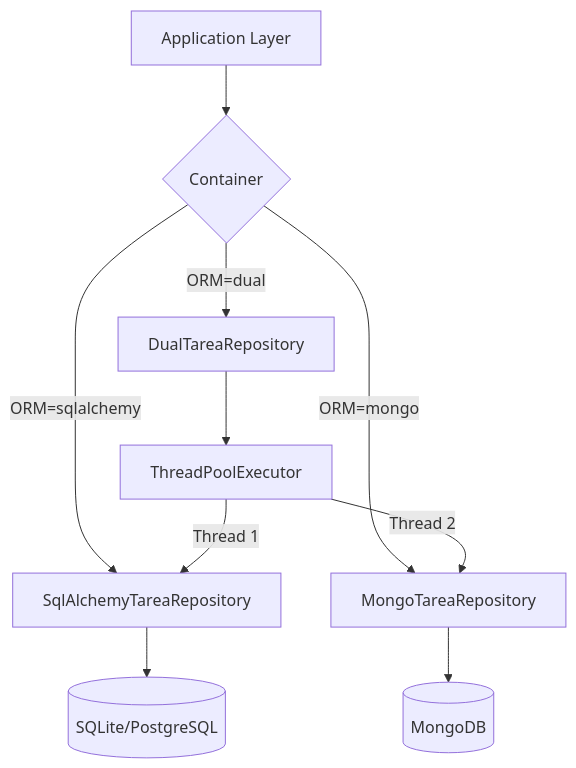
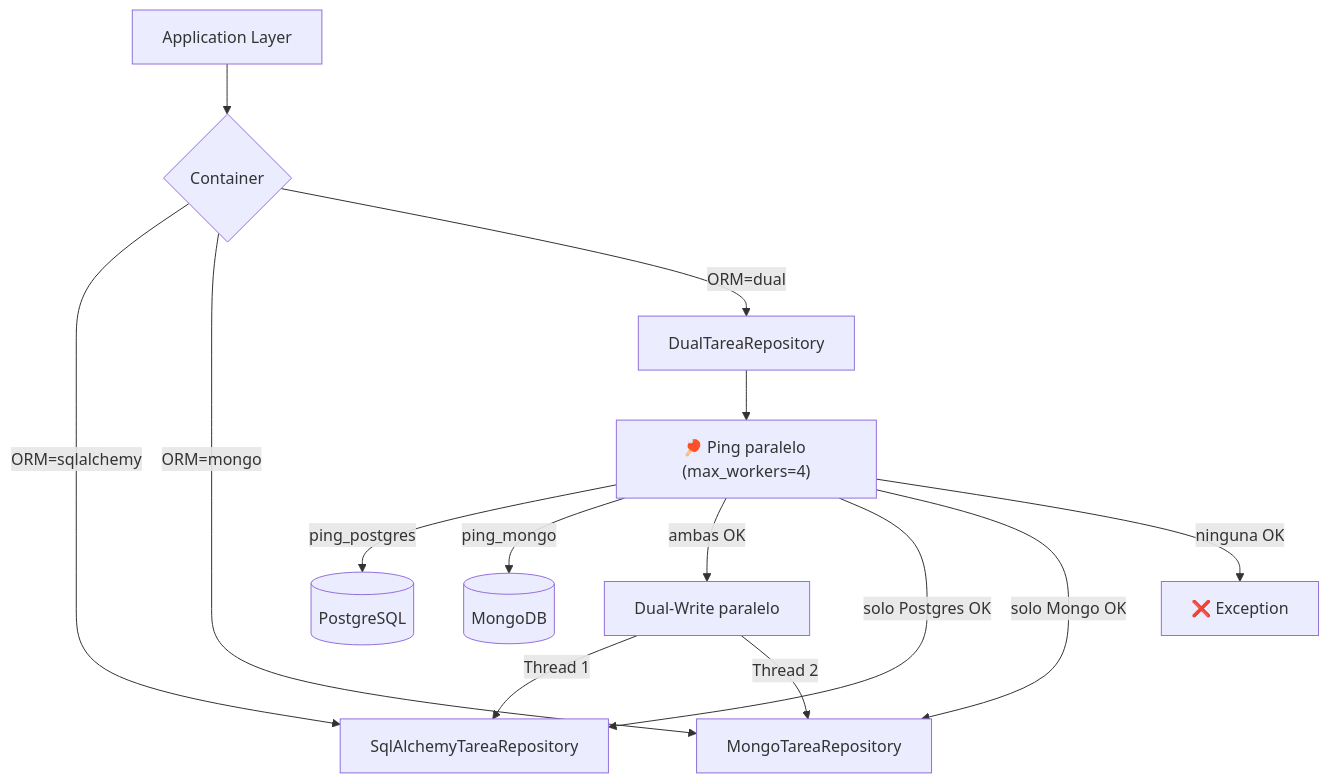
Before and after one commit to PabSdev/Arquitectura: the first of 4 diagrams in infrastructure/dual/README.md, drawn with Mermaid. The commit also changed other lines of this file and 1 other file, not shown here.

Commit message:
feat: arreglado el error, ahora solo falta hacer lo mismo con sqlalchemy

````diff
--- a/infrastructure/dual/README.md
+++ b/infrastructure/dual/README.md
@@ -17,14 +19,19 @@
 ```mermaid
 graph TB
     A[Application Layer] --> B{Container}
     B -->|ORM=sqlalchemy| C[SqlAlchemyTareaRepository]
     B -->|ORM=mongo| D[MongoTareaRepository]
     B -->|ORM=dual| E[DualTareaRepository]
-    
-    E --> F[ThreadPoolExecutor]
+
+    E --> P["🏓 Ping paralelo (max_workers=4)"]
+    P -->|ping_postgres| G[(PostgreSQL)]
+    P -->|ping_mongo| H[(MongoDB)]
+
+    P -->|ambas OK| F[Dual-Write paralelo]
+    P -->|solo Postgres OK| C
+    P -->|solo Mongo OK| D
+    P -->|ninguna OK| X[❌ Exception]
+
     F -->|Thread 1| C
     F -->|Thread 2| D
-    
-    C --> G[(SQLite/PostgreSQL)]
-    D --> H[(MongoDB)]
 ```
````
